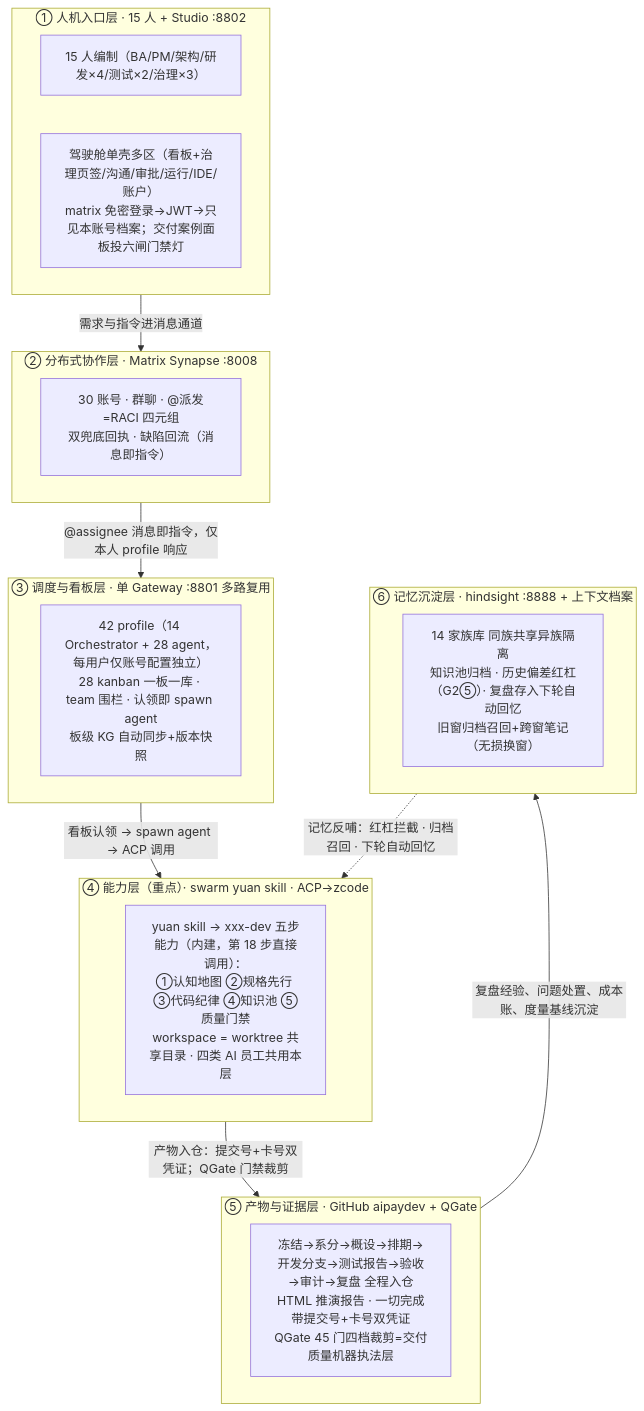
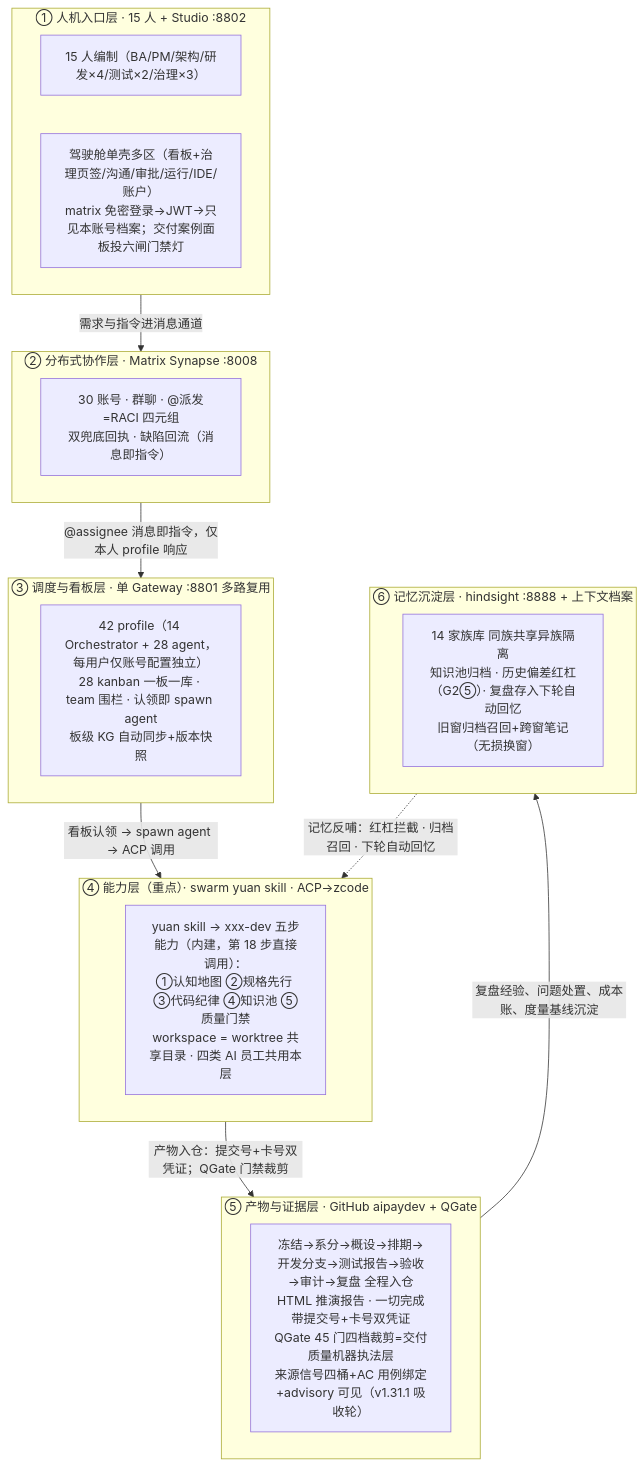
Before and after one commit to issac-new/SwarmStudio: the diagram in docs/superpowers/specs/2026-10-05-mux-v8-fullflow-plan.md, drawn with Mermaid. The commit also changed other lines of this file and 2 other files, not shown here.

First line of the commit message:
docs(qgate+v8): v1.31.1 增量调研正本 + V8 方案与报告要求同步更新

````diff
--- a/docs/superpowers/specs/2026-10-05-mux-v8-fullflow-plan.md
+++ b/docs/superpowers/specs/2026-10-05-mux-v8-fullflow-plan.md
@@ -159,28 +159,28 @@
 ```mermaid
 graph TB
     subgraph L1["① 人机入口层 · 15 人 + Studio :8802"]
         U["15 人编制（BA/PM/架构/研发×4/测试×2/治理×3）"]
         ST["驾驶舱单壳多区（看板+治理页签/沟通/审批/运行/IDE/账户）<br/>matrix 免密登录→JWT→只见本账号档案；交付案例面板投六闸门禁灯"]
     end
     subgraph L2["② 分布式协作层 · Matrix Synapse :8008"]
         MX["30 账号 · 群聊 · @派发=RACI 四元组<br/>双兜底回执 · 缺陷回流（消息即指令）"]
     end
     subgraph L3["③ 调度与看板层 · 单 Gateway :8801 多路复用"]
         GW["42 profile（14 Orchestrator + 28 agent，每用户仅账号配置独立）<br/>28 kanban 一板一库 · team 围栏 · 认领即 spawn agent<br/>板级 KG 自动同步+版本快照"]
     end
     subgraph L4["④ 能力层（重点）· swarm yuan skill · ACP→zcode"]
         SK["yuan skill → xxx-dev 五步能力（内建，第 18 步直接调用）：<br/>①认知地图 ②规格先行 ③代码纪律 ④知识池 ⑤质量门禁<br/>workspace = worktree 共享目录 · 四类 AI 员工共用本层"]
     end
     subgraph L5["⑤ 产物与证据层 · GitHub aipaydev + QGate"]
-        ART["冻结→系分→概设→排期→开发分支→测试报告→验收→审计→复盘 全程入仓<br/>HTML 推演报告 · 一切完成带提交号+卡号双凭证<br/>QGate 45 门四档裁剪=交付质量机器执法层"]
+        ART["冻结→系分→概设→排期→开发分支→测试报告→验收→审计→复盘 全程入仓<br/>HTML 推演报告 · 一切完成带提交号+卡号双凭证<br/>QGate 45 门四档裁剪=交付质量机器执法层<br/>来源信号四桶+AC 用例绑定+advisory 可见（v1.31.1 吸收轮）"]
     end
     subgraph L6["⑥ 记忆沉淀层 · hindsight :8888 + 上下文档案"]
         MEM["14 家族库 同族共享异族隔离<br/>知识池归档 · 历史偏差红杠（G2⑤）· 复盘存入下轮自动回忆<br/>旧窗归档召回+跨窗笔记（无损换窗）"]
     end
     L1 -->|"需求与指令进消息通道"| L2
     L2 -->|"@assignee 消息即指令，仅本人 profile 响应"| L3
     L3 -->|"看板认领 → spawn agent → ACP 调用"| L4
     L4 -->|"产物入仓：提交号+卡号双凭证；QGate 门禁裁剪"| L5
     L5 -->|"复盘经验、问题处置、成本账、度量基线沉淀"| L6
     L6 -.->|"记忆反哺：红杠拦截 · 归档召回 · 下轮自动回忆"| L4
 ```
````
